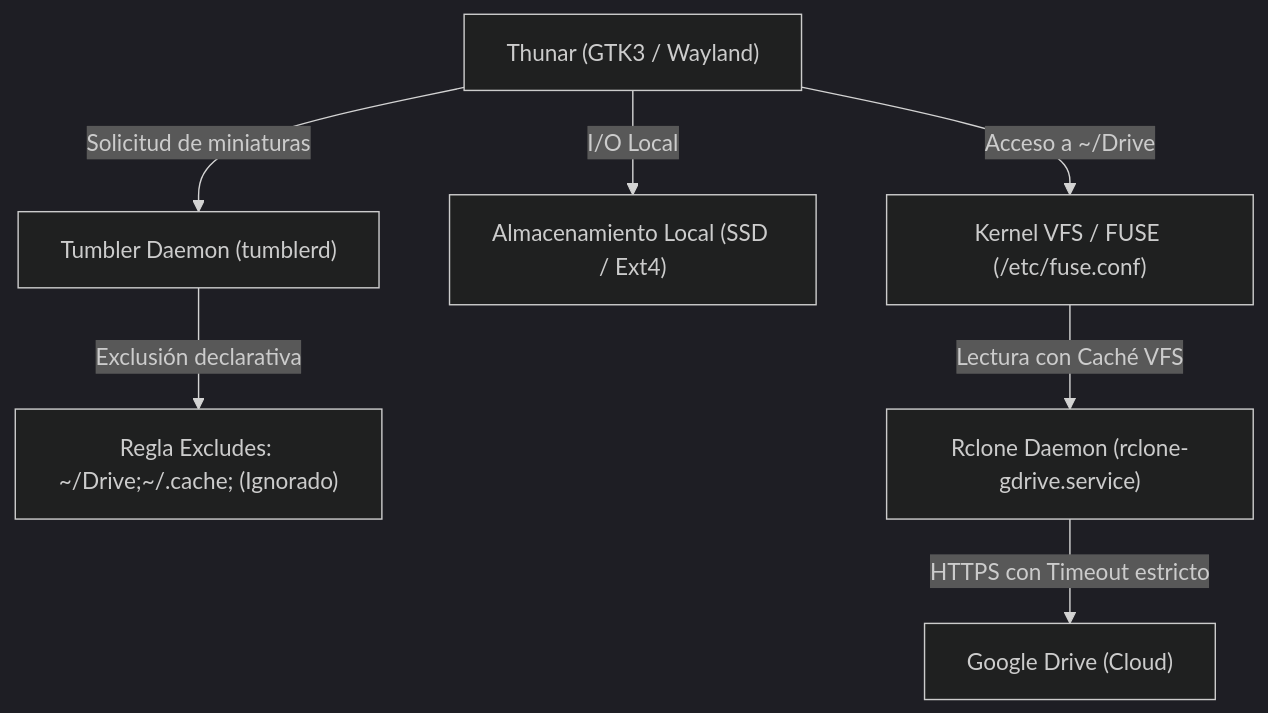
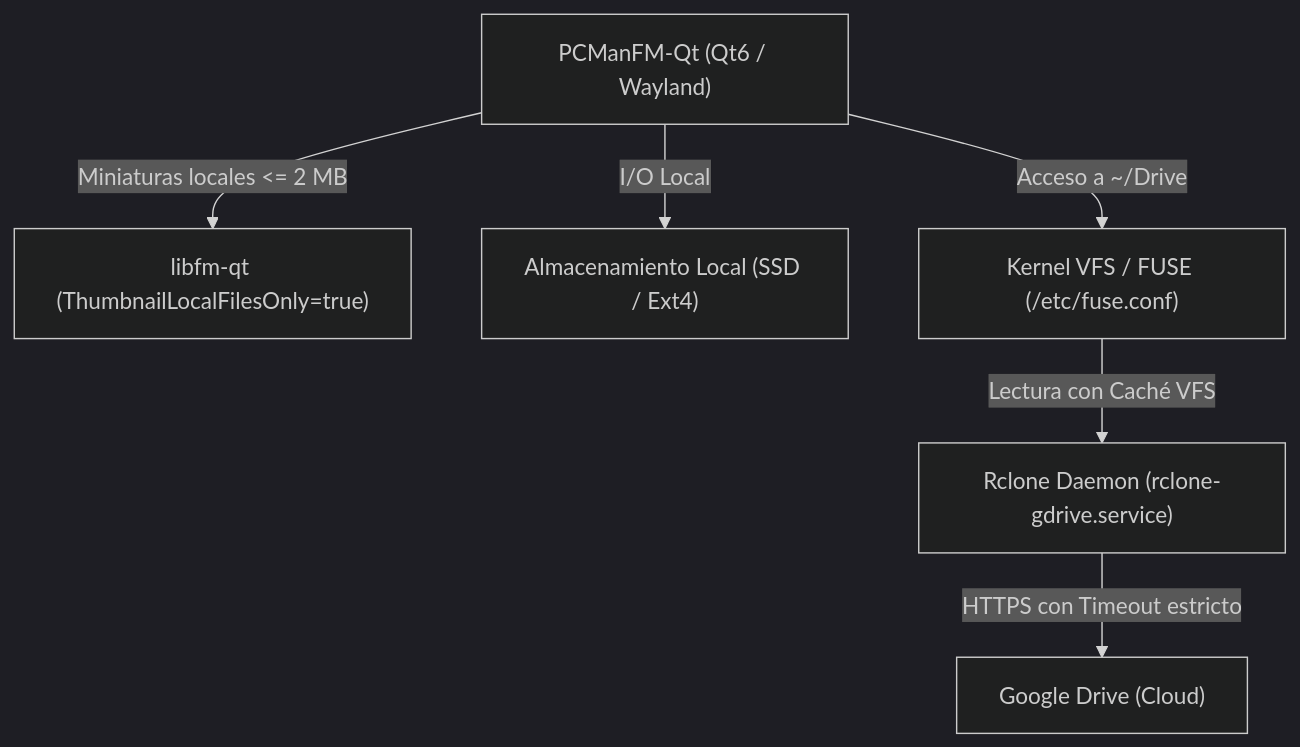
Before and after one commit to JorgeDoicela/dotfiles-nix: the second of 2 diagrams in docs/01-arquitectura-sistema.md, drawn with Mermaid (dark theme). The commit also changed other lines of this file and 14 other files, not shown here.

````diff
--- a/docs/01-arquitectura-sistema.md
+++ b/docs/01-arquitectura-sistema.md
@@ -95,9 +95,8 @@
 ```mermaid
 graph TD
-    Thunar["Thunar (GTK3 / Wayland)"] -->|Solicitud de miniaturas| Tumbler["Tumbler Daemon (tumblerd)"]
-    Tumbler -->|Exclusión declarativa| BlockRemote["Regla Excludes: ~/Drive;~/.cache; (Ignorado)"]
-    Thunar -->|I/O Local| Ext4["Almacenamiento Local (SSD / Ext4)"]
-    Thunar -->|Acceso a ~/Drive| FUSE["Kernel VFS / FUSE (/etc/fuse.conf)"]
+    PCManFM["PCManFM-Qt (Qt6 / Wayland)"] -->|Miniaturas locales <= 2 MB| LocalThumb["libfm-qt (ThumbnailLocalFilesOnly=true)"]
+    PCManFM -->|I/O Local| Ext4["Almacenamiento Local (SSD / Ext4)"]
+    PCManFM -->|Acceso a ~/Drive| FUSE["Kernel VFS / FUSE (/etc/fuse.conf)"]
     FUSE -->|Lectura con Caché VFS| Rclone["Rclone Daemon (rclone-gdrive.service)"]
     Rclone -->|HTTPS con Timeout estricto| GDrive["Google Drive (Cloud)"]
 ```
````
